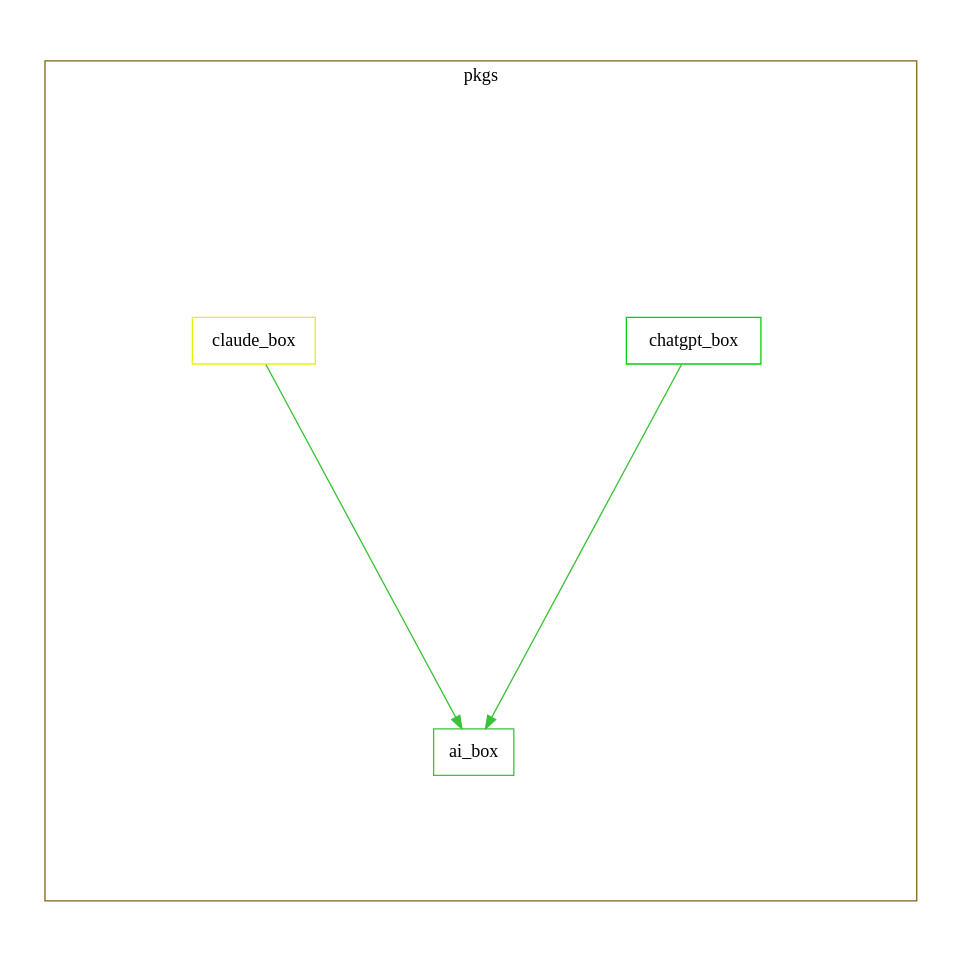
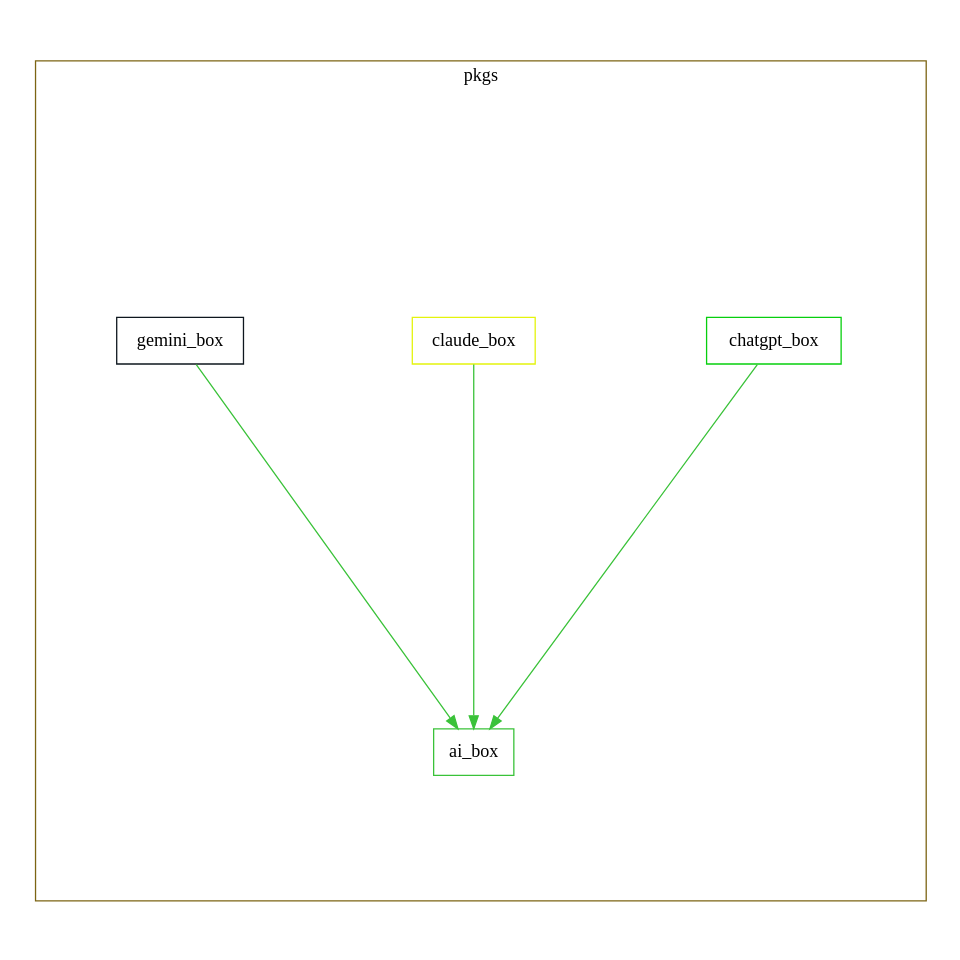
One commit to normidar/ai_box changed the diagram in gviz.dot. Above: the diagram before and after it, drawn with Graphviz. The commit also changed 160 other files, not shown here.

Commit message:
Enhance gviz.dot by adding gemini_box visualization and updating package relationships to include gemini_box in the cluster.

```diff
--- a/gviz.dot
+++ b/gviz.dot
@@ -1,15 +1,18 @@
 digraph packages {
   size="10"; ratio=fill;
   ai_box [shape="box"; color="#3ac239"];
   chatgpt_box [shape="box"; color="#07cf0e"];
   claude_box [shape="box"; color="#e4f40c"];
+  gemini_box [shape="box"; color="#0e171e"];
   chatgpt_box -> ai_box [style="filled"; color="#3ac239"];
   claude_box -> ai_box [style="filled"; color="#3ac239"];
+  gemini_box -> ai_box [style="filled"; color="#3ac239"];
   subgraph "cluster pkgs" {
     label="pkgs";
     color="#7c6413";
     ai_box;
     chatgpt_box;
     claude_box;
+    gemini_box;
   }
 }
```
